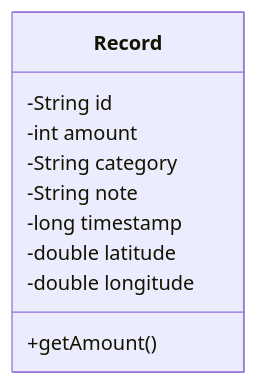
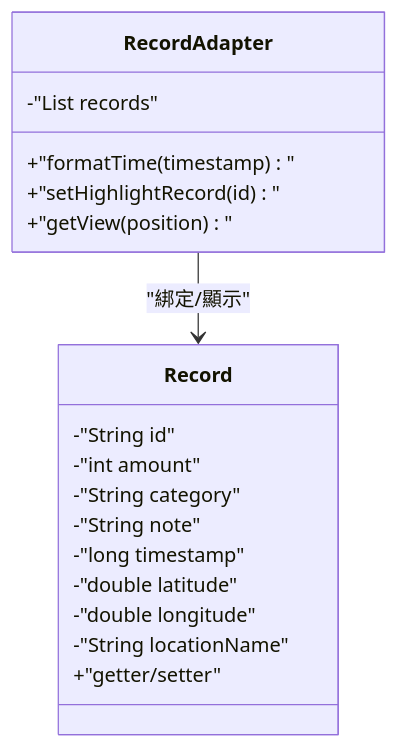
Before and after one commit to Dao-you/SimplestBookAndroid: diagram 16 of 26 in Grading_Criteria.md, drawn with Mermaid. The commit also changed other lines of this file, not shown here.

````diff
--- a/Grading_Criteria.md
+++ b/Grading_Criteria.md
@@ -374,13 +409,21 @@
 ```mermaid
 classDiagram
     class Record {
-        -String id
-        -int amount
-        -String category
-        -String note
-        -long timestamp
-        -double latitude
-        -double longitude
-        +getAmount()
+        -"String id"
+        -"int amount"
+        -"String category"
+        -"String note"
+        -"long timestamp"
+        -"double latitude"
+        -"double longitude"
+        -"String locationName"
+        +"getter/setter"
     }
+    class RecordAdapter {
+        -"List<Record> records"
+        +"formatTime(timestamp)"
+        +"setHighlightRecord(id)"
+        +"getView(position)"
+    }
+    RecordAdapter --> Record : "綁定/顯示"
 ```
````
